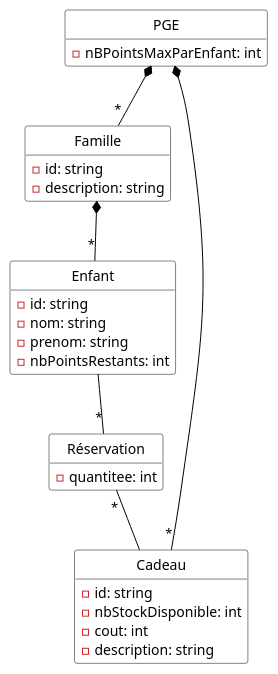
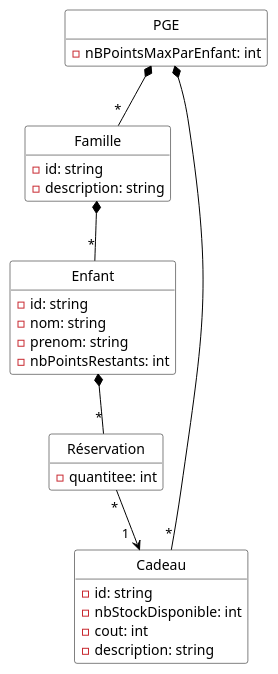
Before and after one commit to yasminebelmaaziz/dev_logiciel: the diagram in Diagrammes/pge_uml_diag_classes.pu, drawn with PlantUML. The commit also changed 3 other files, not shown here.

Commit message:
modification diagramme de calsses selon les remarques du suivi (restreinte navigabilité Cadeau/réservation, composition Enfant/Réservation)

```diff
--- a/Diagrammes/pge_uml_diag_classes.pu
+++ b/Diagrammes/pge_uml_diag_classes.pu
@@ -1,50 +1,50 @@
 @startuml
 hide empty methods
 hide circle
 skinparam class {
   BackgroundColor White
   ArrowColor Black
   BorderColor Black
 }
 skinparam groupInheritance 3
 
 class PGE {
   - nBPointsMaxParEnfant: int
 }
 
 class Famille {
   - id: string
   - description: string
 }
 
 class Enfant {
   - id: string
   - nom: string
   - prenom: string
   - nbPointsRestants: int
 }
 
 class Cadeau {
   - id: string
   - nbStockDisponible: int
   - cout: int
   - description: string
 }
 
 class Réservation {
   - quantitee: int
 }
 
 
 
 PGE *-- "*" Famille
 PGE *-- "*" Cadeau
 
-Enfant --"*" Réservation
-Réservation "*"-- Cadeau
+Enfant *--"*" Réservation
+Réservation "*"--> "1  " Cadeau
 
 
 Famille *-- "*" Enfant
 
 
 @enduml
```
